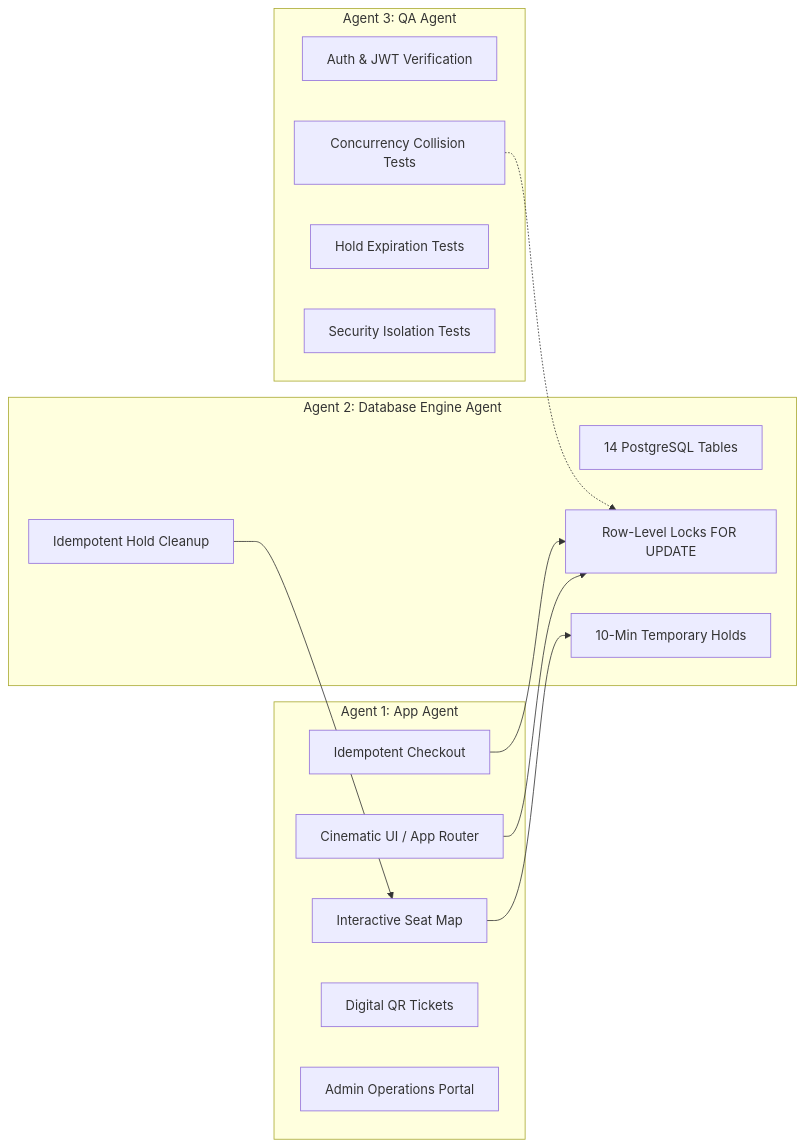
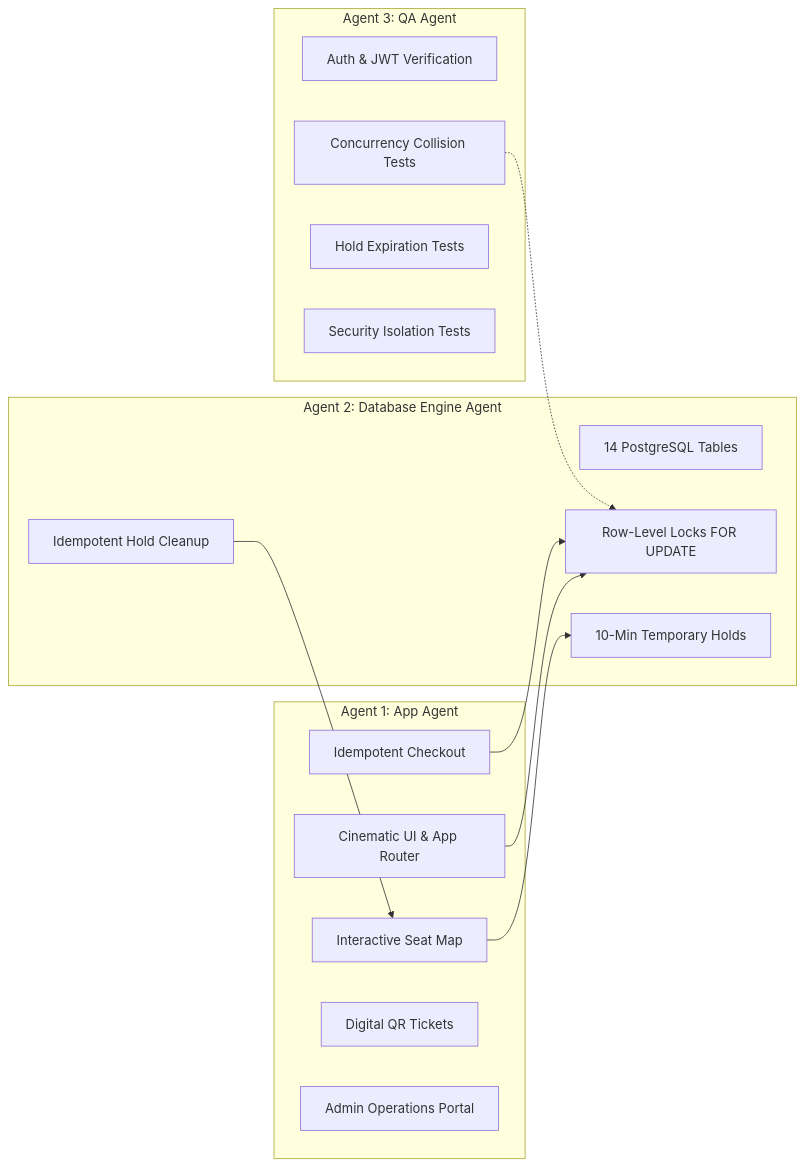
The diagram in README.md (lorettaajomole-debug/cinebook_vercel), drawn with Mermaid before and after one commit.

Commit message:
docs: fix mermaid architecture diagram syntax for GitHub rendering

````diff
--- a/README.md
+++ b/README.md
@@ -15,30 +15,30 @@
 ```mermaid
-graph LR
-    subgraph "Agent 1: App Agent"
-        UI[Cinematic UI / App Router]
-        SEAT[Interactive Seat Map]
-        PAY[Idempotent Checkout]
-        QR[Digital QR Tickets]
-        ADM[Admin Operations Portal]
+flowchart LR
+    subgraph A1["Agent 1: App Agent"]
+        UI["Cinematic UI & App Router"]
+        SEAT["Interactive Seat Map"]
+        PAY["Idempotent Checkout"]
+        QR["Digital QR Tickets"]
+        ADM["Admin Operations Portal"]
     end
 
-    subgraph "Agent 2: Database Engine Agent"
-        SCHEM[14 PostgreSQL Tables]
-        TX[Row-Level Locks FOR UPDATE]
-        HOLD[10-Min Temporary Holds]
-        CRON[Idempotent Hold Cleanup]
+    subgraph A2["Agent 2: Database Engine Agent"]
+        SCHEM["14 PostgreSQL Tables"]
+        TX["Row-Level Locks FOR UPDATE"]
+        HOLD["10-Min Temporary Holds"]
+        CRON["Idempotent Hold Cleanup"]
     end
 
-    subgraph "Agent 3: QA Agent"
-        TEST_AUTH[Auth & JWT Verification]
-        TEST_CONC[Concurrency Collision Tests]
-        TEST_EXP[Hold Expiration Tests]
-        TEST_SEC[Security Isolation Tests]
+    subgraph A3["Agent 3: QA Agent"]
+        TEST_AUTH["Auth & JWT Verification"]
+        TEST_CONC["Concurrency Collision Tests"]
+        TEST_EXP["Hold Expiration Tests"]
+        TEST_SEC["Security Isolation Tests"]
     end
 
     UI --> TX
     SEAT --> HOLD
     PAY --> TX
     CRON --> SEAT
     TEST_CONC -.-> TX
 ```
````
